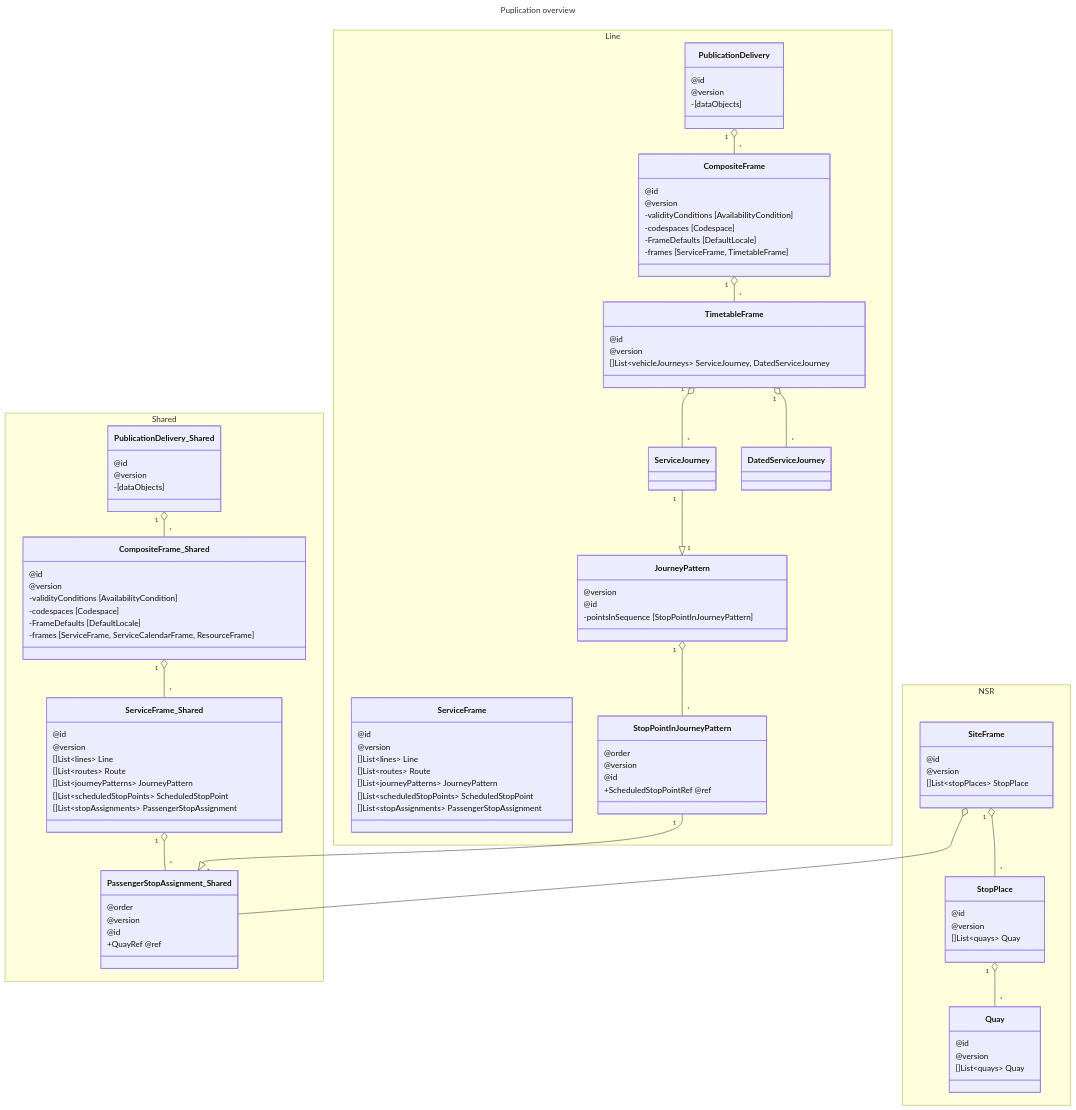
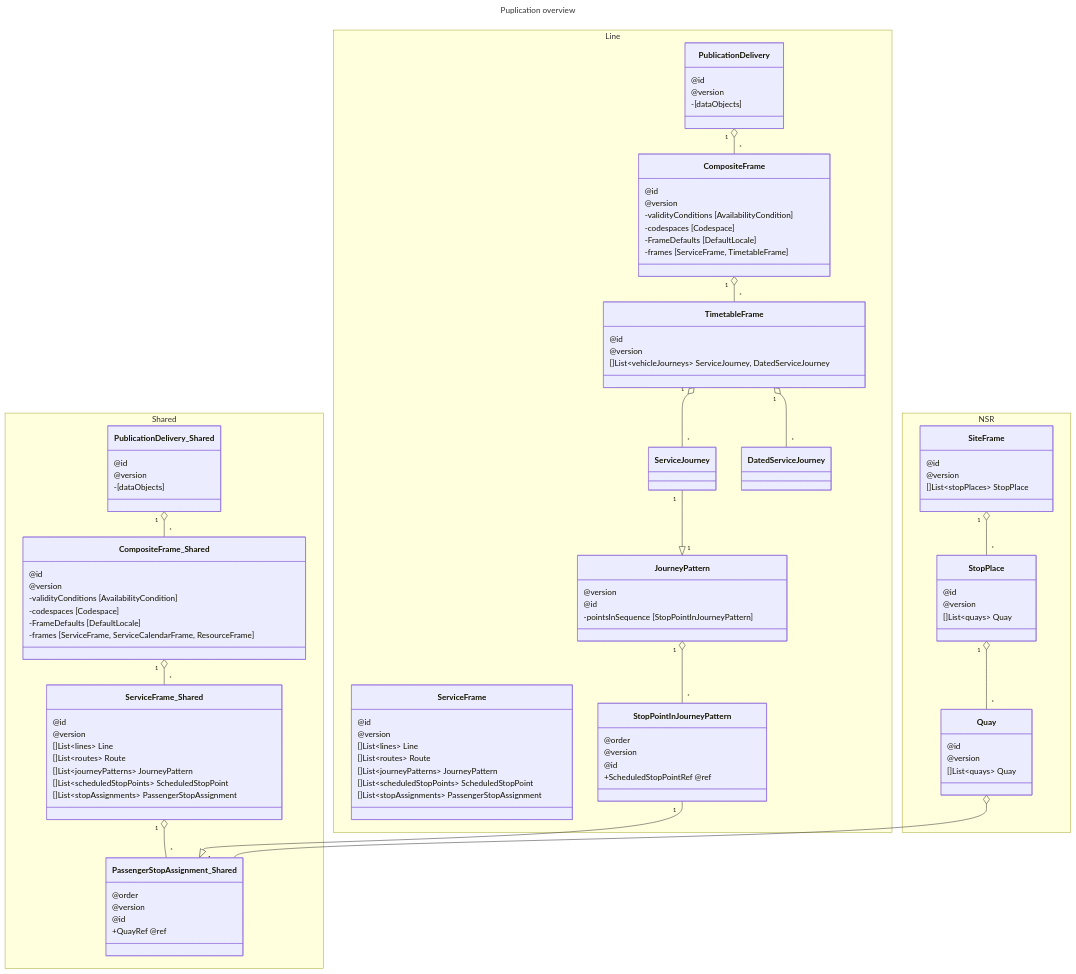
The second of 2 diagrams in 04-Guides/Timetable_DatedServiceJourney_V2.md (hfjelstad/Profile-Documentation), drawn with Mermaid before and after one commit.

````diff
--- a/04-Guides/Timetable_DatedServiceJourney_V2.md
+++ b/04-Guides/Timetable_DatedServiceJourney_V2.md
@@ -172,7 +172,7 @@
 
     }
     class DatedServiceJourney{
-        
+
     }
 }
 PublicationDelivery "1" o-- "*" CompositeFrame
@@ -202,7 +202,7 @@
     }
     
 }
-SiteFrame o-- PassengerStopAssignment_Shared
+Quay o-- PassengerStopAssignment_Shared
 SiteFrame "1" o-- "*" StopPlace
 StopPlace "1" o-- "*" Quay
 ```
````
